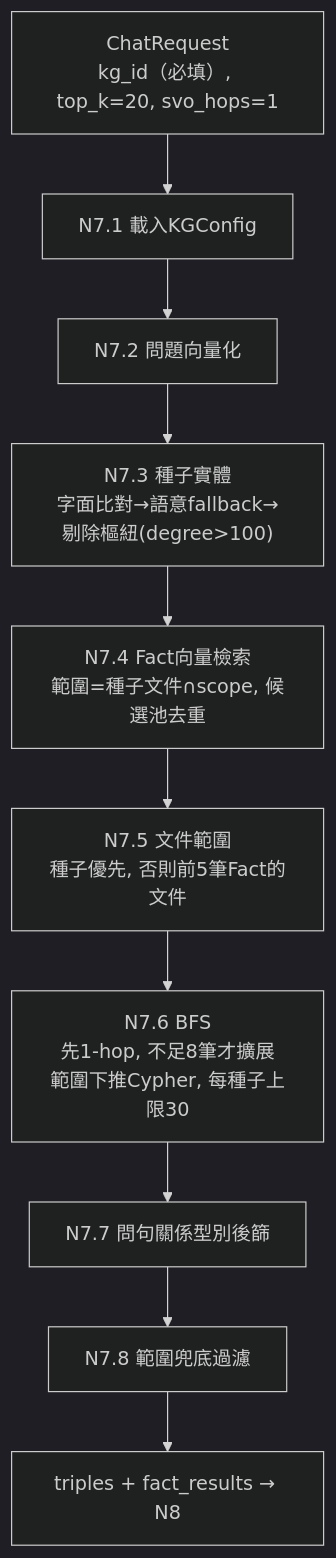
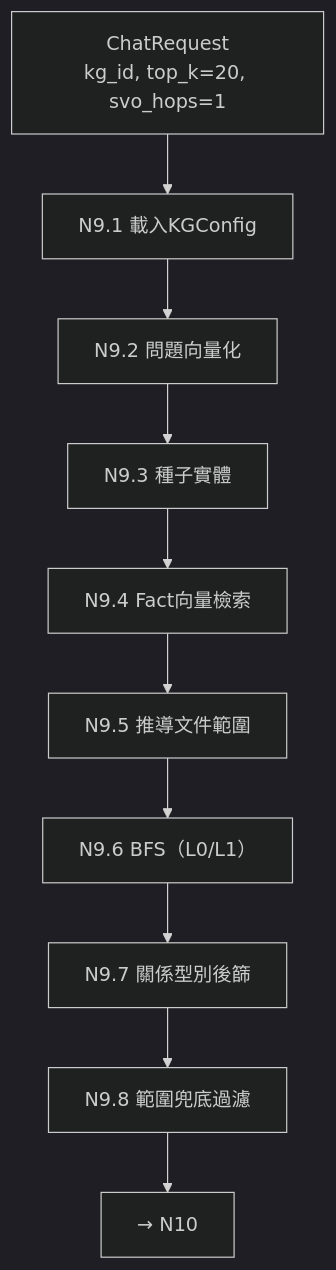
One commit to Chester930/world-knowledge-graph-rag changed the ninth of 12 diagrams in docs/報告/95_專案節點流程總覽與設計說明.md. Above: the diagram before and after it, drawn with Mermaid (dark theme). The commit also changed other lines of this file and 1 other file, not shown here.

````diff
--- a/docs/報告/95_專案節點流程總覽與設計說明.md
+++ b/docs/報告/95_專案節點流程總覽與設計說明.md
@@ -291,12 +355,12 @@
 ```mermaid
 flowchart TD
-    Q["ChatRequest<br/>kg_id（必填）, top_k=20, svo_hops=1"] --> CFG["N7.1 載入KGConfig"]
-    CFG --> V["N7.2 問題向量化"]
-    V --> S1["N7.3 種子實體<br/>字面比對→語意fallback→剔除樞紐(degree>100)"]
-    S1 --> FS["N7.4 Fact向量檢索<br/>範圍=種子文件∩scope, 候選池去重"]
-    FS --> SC["N7.5 文件範圍<br/>種子優先, 否則前5筆Fact的文件"]
-    SC --> BFS["N7.6 BFS<br/>先1-hop, 不足8筆才擴展<br/>範圍下推Cypher, 每種子上限30"]
-    BFS --> RT["N7.7 問句關係型別後篩"]
-    RT --> FL["N7.8 範圍兜底過濾"]
-    FL --> OUT["triples + fact_results → N8"]
+    Q["ChatRequest<br/>kg_id, top_k=20, svo_hops=1"] --> CFG["N9.1 載入KGConfig"]
+    CFG --> V["N9.2 問題向量化"]
+    V --> S1["N9.3 種子實體"]
+    S1 --> FS["N9.4 Fact向量檢索"]
+    FS --> SC["N9.5 推導文件範圍"]
+    SC --> BFS["N9.6 BFS（L0/L1）"]
+    BFS --> RT["N9.7 關係型別後篩"]
+    RT --> FL["N9.8 範圍兜底過濾"]
+    FL --> OUT["→ N10"]
 ```
````
